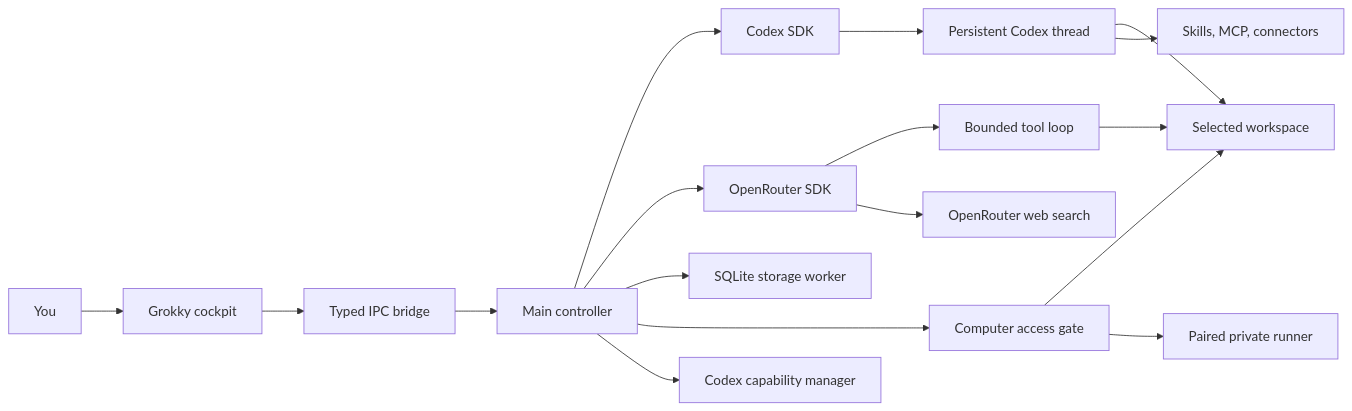
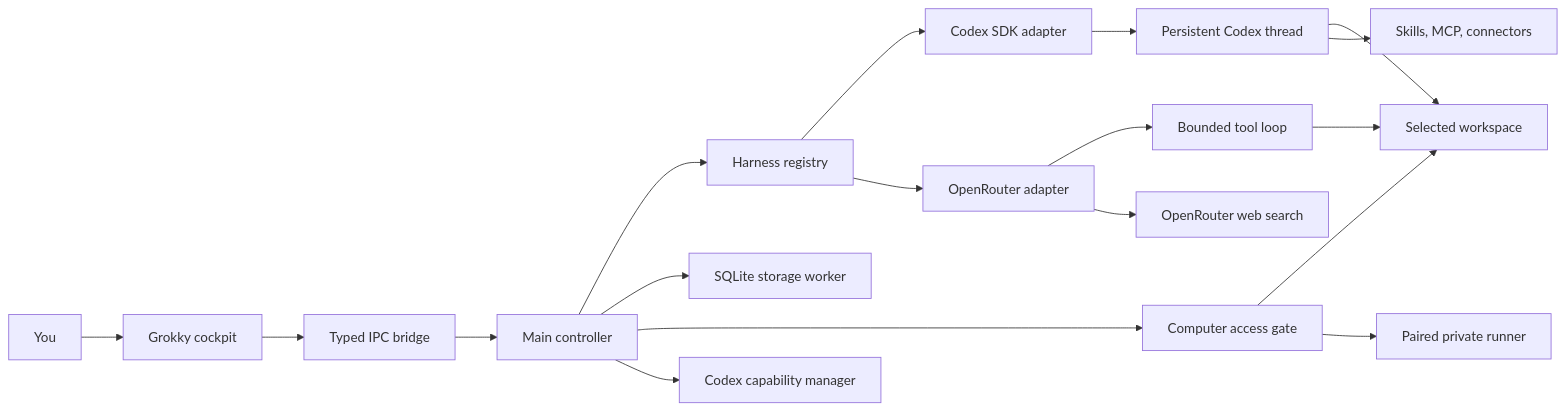
One commit to jasonagency/grokky changed the first of 4 diagrams in README.md. Above: the diagram before and after it, drawn with Mermaid. The commit also changed other lines of this file and 17 other files, not shown here.

Commit message:
feat: add harness registry and adapters

````diff
--- a/README.md
+++ b/README.md
@@ -50,23 +50,24 @@
 ```mermaid
 flowchart LR
   U[You] --> UI[Grokky cockpit]
   UI --> B[Typed IPC bridge]
   B --> C[Main controller]
 
-  C --> CX[Codex SDK]
-  C --> OR[OpenRouter SDK]
+  C --> HR[Harness registry]
+  HR --> CX[Codex SDK adapter]
+  HR --> OR[OpenRouter adapter]
   C --> DB[SQLite storage worker]
   C --> CA[Computer access gate]
   C --> CM[Codex capability manager]
 
   CX --> CT[Persistent Codex thread]
   CT --> CW[Selected workspace]
   CT --> CC[Skills, MCP, connectors]
 
   OR --> OL[Bounded tool loop]
   OL --> CW
   OR --> OW[OpenRouter web search]
 
   CA --> CW
   CA --> RR[Paired private runner]
 ```
````
